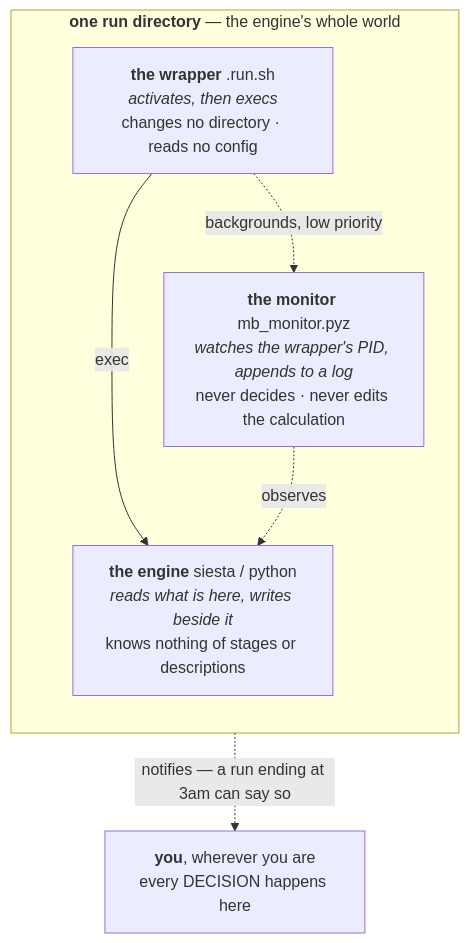
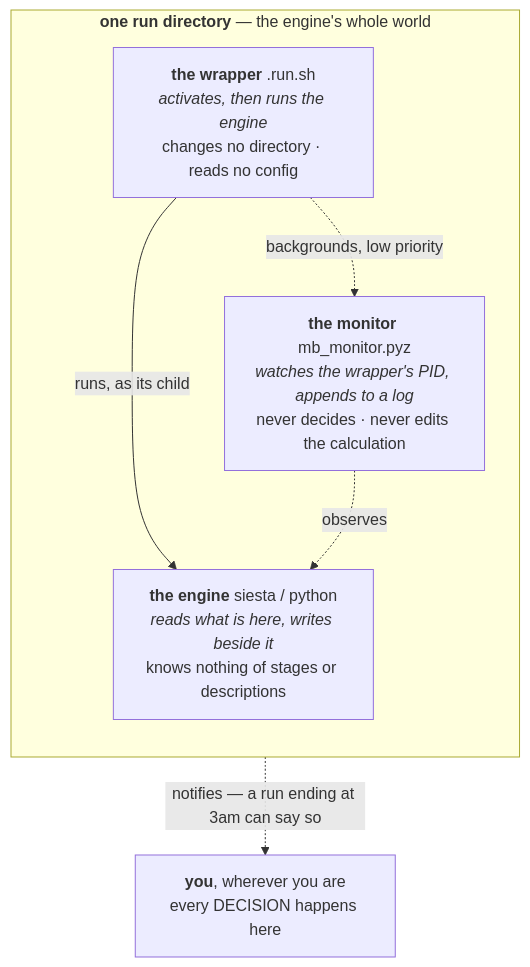
One commit to Qing-LAB/molbuilder changed the first of 3 diagrams in docs/execution/job-contracts.md. Above: the diagram before and after it, drawn with Mermaid. The commit also changed other lines of this file and 54 other files, not shown here.

````diff
--- a/docs/execution/job-contracts.md
+++ b/docs/execution/job-contracts.md
@@ -244,14 +244,14 @@
 ```mermaid
 flowchart TB
     subgraph DIR["<b>one run directory</b> — the engine's whole world"]
       direction TB
-      W["<b>the wrapper</b> .run.sh<br/><i>activates, then execs</i><br/>changes no directory · reads no config"]
+      W["<b>the wrapper</b> .run.sh<br/><i>activates, then runs the engine</i><br/>changes no directory · reads no config"]
       E["<b>the engine</b> siesta / python<br/><i>reads what is here, writes beside it</i><br/>knows nothing of stages or descriptions"]
       M["<b>the monitor</b> mb_monitor.pyz<br/><i>watches the wrapper's PID, appends to a log</i><br/>never decides · never edits the calculation"]
-      W -->|"exec"| E
+      W -->|"runs, as its child"| E
       W -.->|"backgrounds, low priority"| M
       M -.->|"observes"| E
     end
     U["<b>you</b>, wherever you are<br/>every DECISION happens here"]
     M -.->|"notifies — a run ending at 3am can say so"| U
 ```
````
